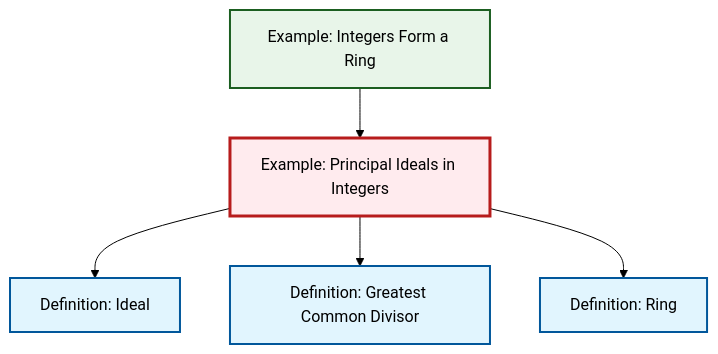
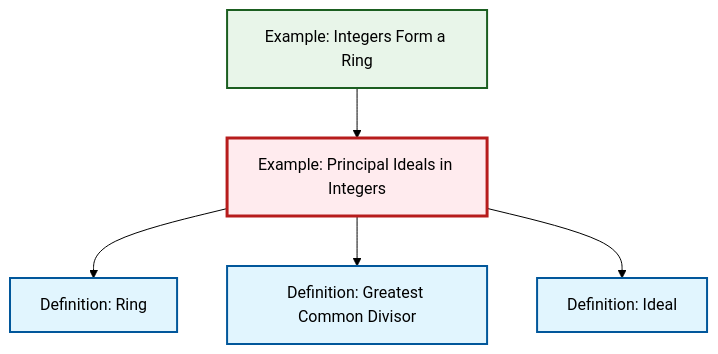
Before and after one commit to RK0429/ModernMath: the diagram in content/en/algebra/ex-principal-ideal.qmd, drawn with Mermaid (forest theme). The commit also changed other lines of this file and 619 other files, not shown here.

First line of the commit message:
feat: Add LCM (Least Common Multiple) definition with comprehensive cross-references

````diff
--- a/content/en/algebra/ex-principal-ideal.qmd
+++ b/content/en/algebra/ex-principal-ideal.qmd
@@ -63,23 +63,23 @@
 ```{mermaid}
 %%| fig-cap: "Local dependency graph"
 graph TD
     classDef definition fill:#e1f5fe,stroke:#01579b,stroke-width:2px
     classDef theorem fill:#f3e5f5,stroke:#4a148c,stroke-width:2px
     classDef axiom fill:#fff3e0,stroke:#e65100,stroke-width:2px
     classDef example fill:#e8f5e9,stroke:#1b5e20,stroke-width:2px
     classDef current fill:#ffebee,stroke:#b71c1c,stroke-width:3px
+    def-gcd["Definition: Greatest Common Divisor"]:::definition
+    ex-integers-ring["Example: Integers Form a Ring"]:::example
     def-ideal["Definition: Ideal"]:::definition
-    def-gcd["Definition: Greatest Common Divisor"]:::definition
     ex-principal-ideal["Example: Principal Ideals in Integers"]:::example
     def-ring["Definition: Ring"]:::definition
-    ex-integers-ring["Example: Integers Form a Ring"]:::example
+    ex-integers-ring --> ex-principal-ideal
+    ex-principal-ideal --> def-ring
+    ex-principal-ideal --> def-gcd
     ex-principal-ideal --> def-ideal
-    ex-integers-ring --> ex-principal-ideal
-    ex-principal-ideal --> def-gcd
-    ex-principal-ideal --> def-ring
     class ex-principal-ideal current
+    click def-gcd "def-gcd.html" "Go to Greatest Common Divisor definition"
+    click ex-integers-ring "ex-integers-ring.html" "Go to Integers Form a Ring example"
     click def-ideal "def-ideal.html" "Go to Ideal definition"
-    click def-gcd "def-gcd.html" "Go to Greatest Common Divisor definition"
     click def-ring "def-ring.html" "Go to Ring definition"
-    click ex-integers-ring "ex-integers-ring.html" "Go to Integers Form a Ring example"
 ```
````
